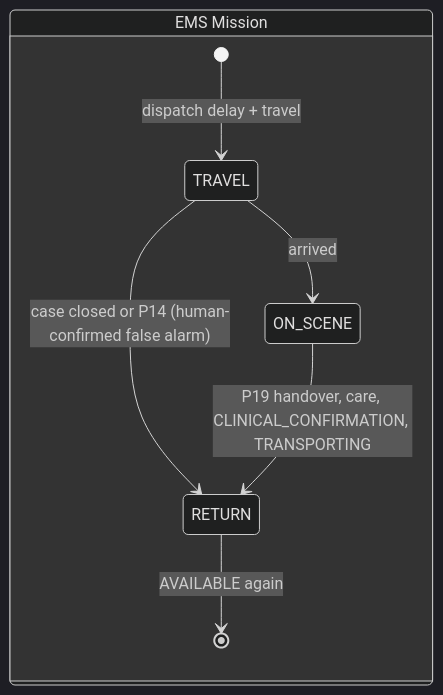
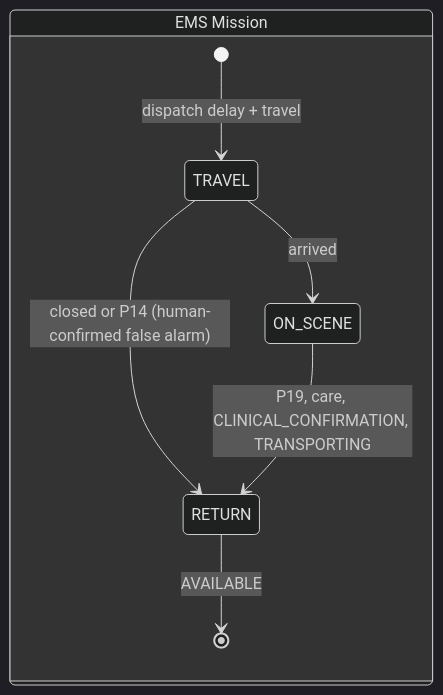
Before and after one commit to rodrigoilde/fcup-isia: the third of 5 diagrams in docs/03-detailed-design.md, drawn with Mermaid (dark theme). The commit also changed other lines of this file and 12 other files, not shown here.

````diff
--- a/docs/03-detailed-design.md
+++ b/docs/03-detailed-design.md
@@ -152,10 +112,10 @@
 ```mermaid
 stateDiagram-v2
     state "EMS Mission" as E {
         [*] --> TRAVEL: dispatch delay + travel
         TRAVEL --> ON_SCENE: arrived
-        TRAVEL --> RETURN: case closed or P14 (human-confirmed false alarm)
-        ON_SCENE --> RETURN: P19 handover, care, CLINICAL_CONFIRMATION, TRANSPORTING
-        RETURN --> [*]: AVAILABLE again
+        TRAVEL --> RETURN: closed or P14 (human-confirmed false alarm)
+        ON_SCENE --> RETURN: P19, care, CLINICAL_CONFIRMATION, TRANSPORTING
+        RETURN --> [*]: AVAILABLE
     }
 ```
````
